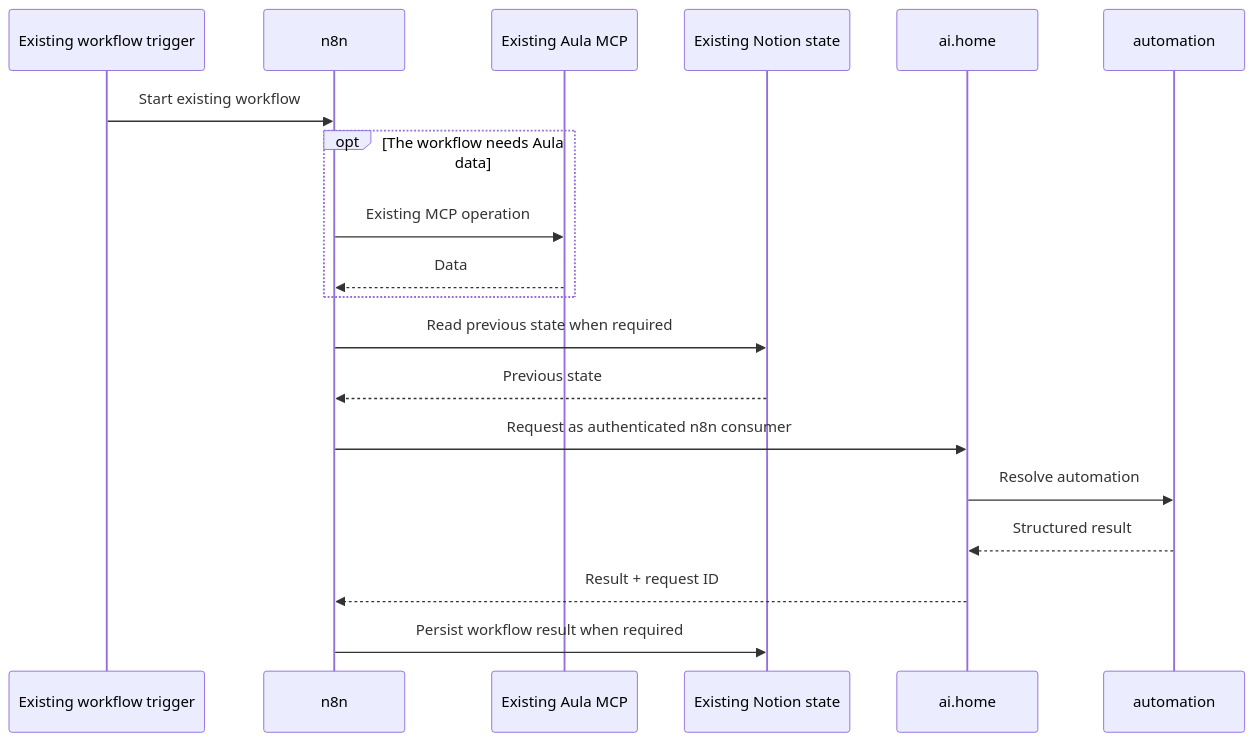
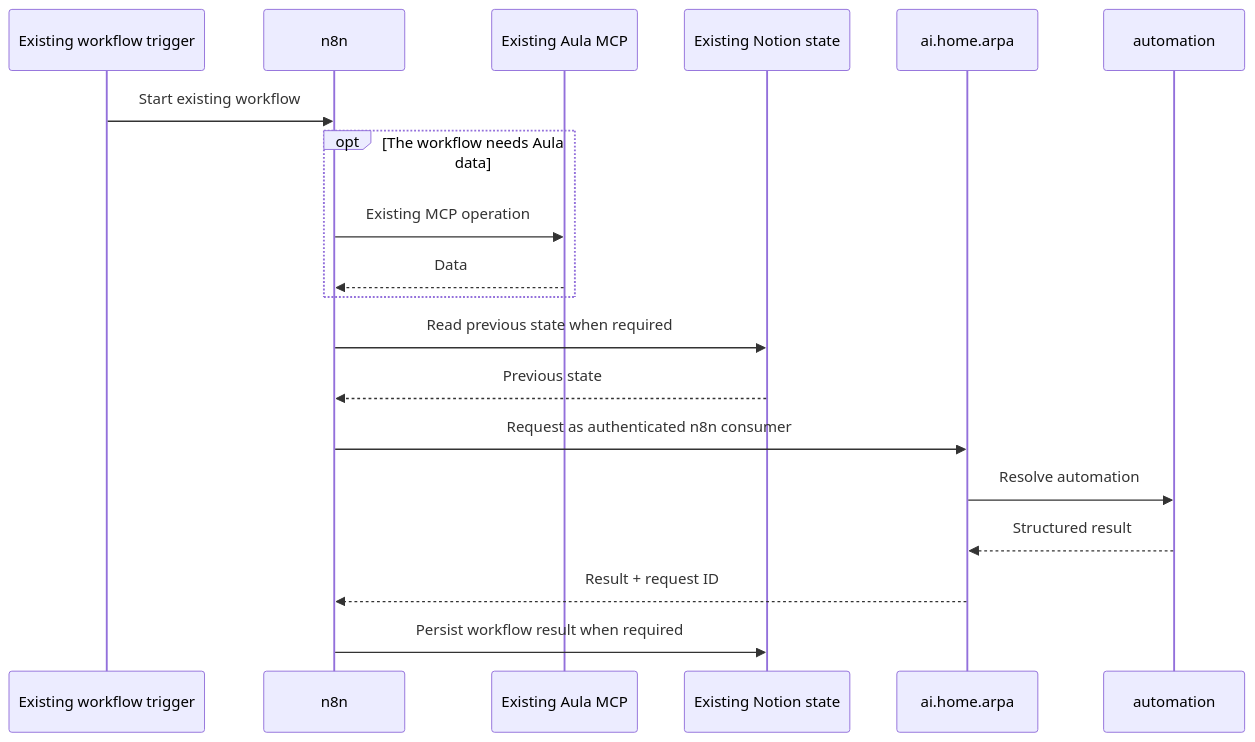
Before and after one commit to madslundt/HomeCompute: the sixth of 14 diagrams in docs/architecture.md, drawn with Mermaid. The commit also changed other lines of this file and 89 other files, not shown here.

````diff
--- a/docs/architecture.md
+++ b/docs/architecture.md
@@ -252,22 +267,22 @@
 ```mermaid
 sequenceDiagram
     participant Trigger as Existing workflow trigger
     participant N as n8n
     participant A as Existing Aula MCP
     participant State as Existing Notion state
-    participant API as ai.home
+    participant API as ai.home.arpa
     participant G as automation
 
     Trigger->>N: Start existing workflow
     opt The workflow needs Aula data
         N->>A: Existing MCP operation
         A-->>N: Data
     end
     N->>State: Read previous state when required
     State-->>N: Previous state
     N->>API: Request as authenticated n8n consumer
     API->>G: Resolve automation
     G-->>API: Structured result
     API-->>N: Result + request ID
     N->>State: Persist workflow result when required
 ```
````
